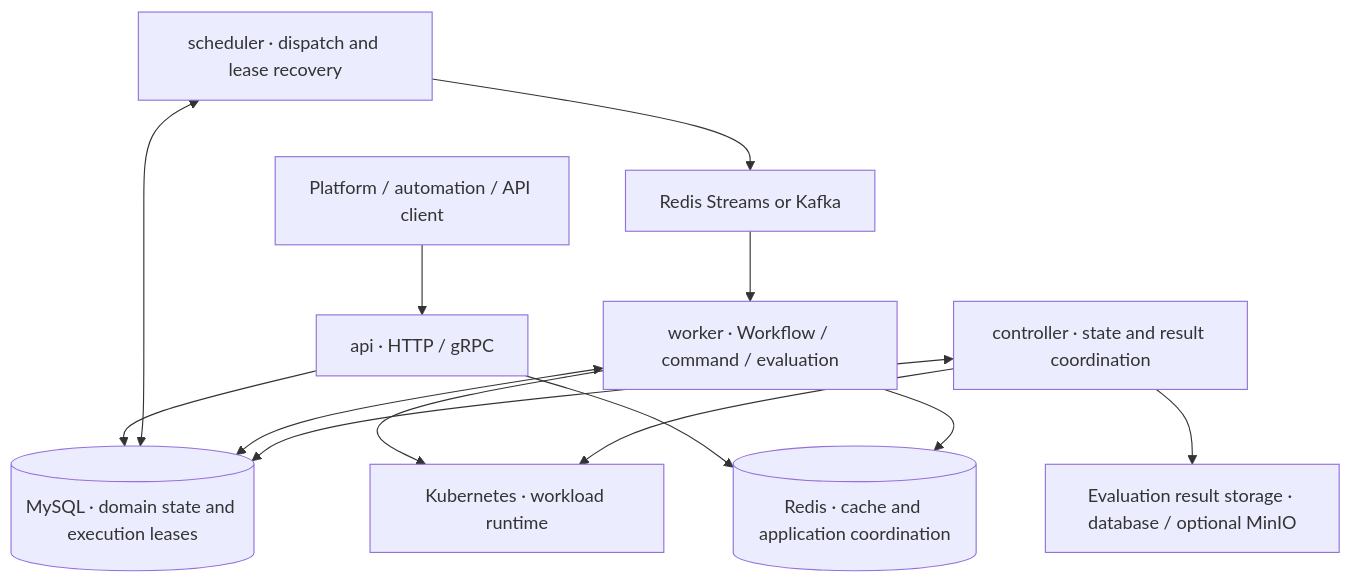
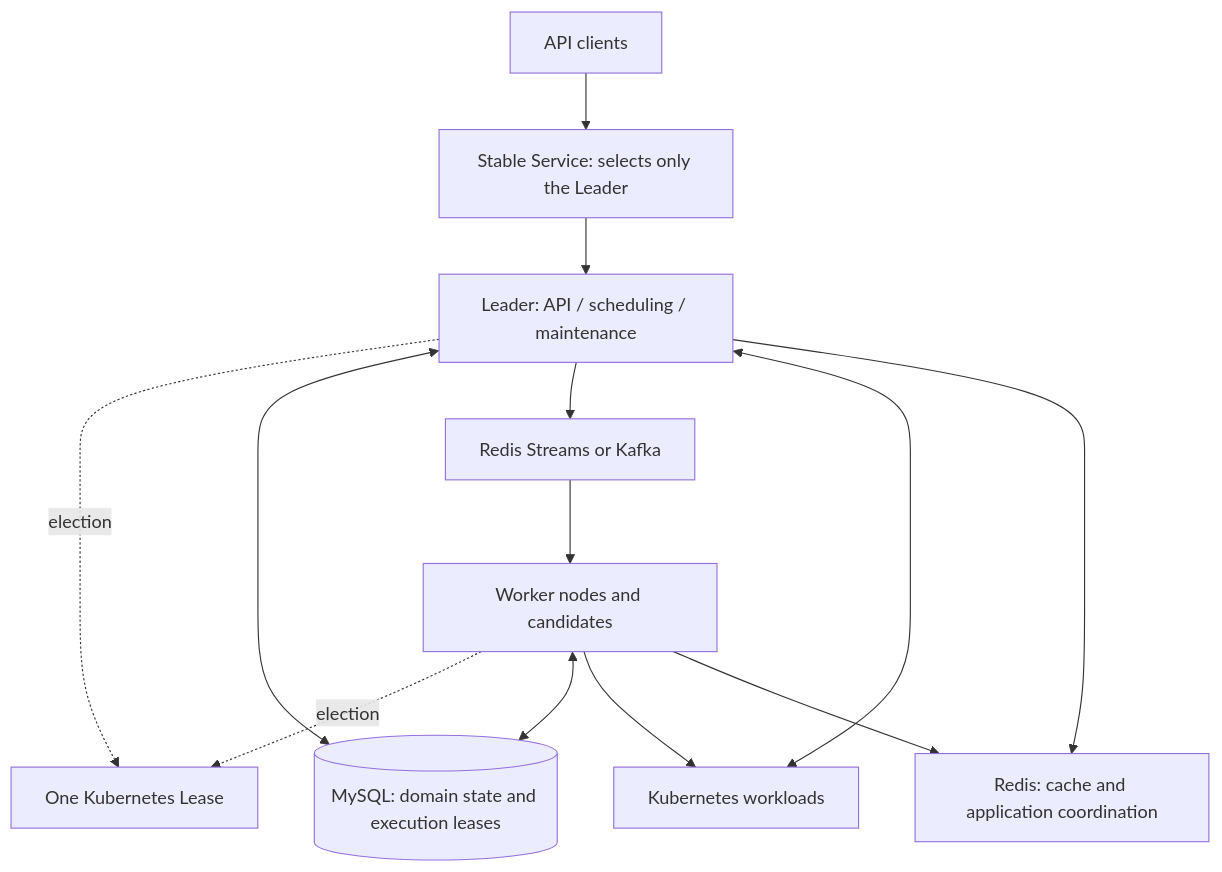
Before and after one commit to PixelCores/Eruun: the diagram in README.md, drawn with Mermaid. The commit also changed other lines of this file and 123 other files, not shown here.

First line of the commit message:
feat: 统一 Leader/Worker 运行时并加固分布式恢复 (#139)

````diff
--- a/README.md
+++ b/README.md
@@ -87,15 +87,15 @@
 ```mermaid
 flowchart TB
-    Client["Platform / automation / API client"] --> API["api · HTTP / gRPC"]
-    API --> DB[("MySQL · domain state and execution leases")]
-    Scheduler["scheduler · dispatch and lease recovery"] <--> DB
-    Scheduler --> Queue["Redis Streams or Kafka"]
-    Queue --> Worker["worker · Workflow / command / evaluation"]
+    Client[API clients] --> Service[Stable Service: selects only the Leader]
+    Service --> Leader[Leader: API / scheduling / maintenance]
+    Leader -. election .-> Lease[One Kubernetes Lease]
+    Worker[Worker nodes and candidates] -. election .-> Lease
+    Leader <--> DB[(MySQL: domain state and execution leases)]
+    Leader --> Queue[Redis Streams or Kafka]
+    Queue --> Worker
     Worker <--> DB
-    Worker --> K8s["Kubernetes · workload runtime"]
-    Controller["controller · state and result coordination"] --> K8s
-    Controller <--> DB
-    Controller --> Results["Evaluation result storage · database / optional MinIO"]
-    API --> Redis[("Redis · cache and application coordination")]
+    Worker --> K8s[Kubernetes workloads]
+    Leader <--> K8s
+    Leader --> Redis[Redis: cache and application coordination]
     Worker --> Redis
 ```
````
